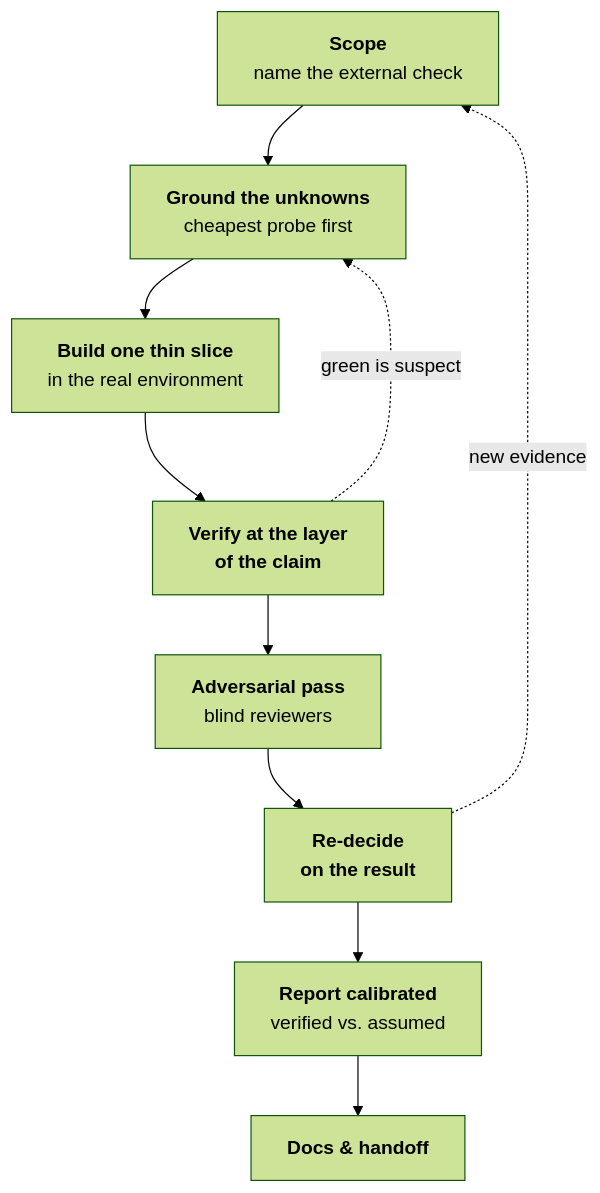
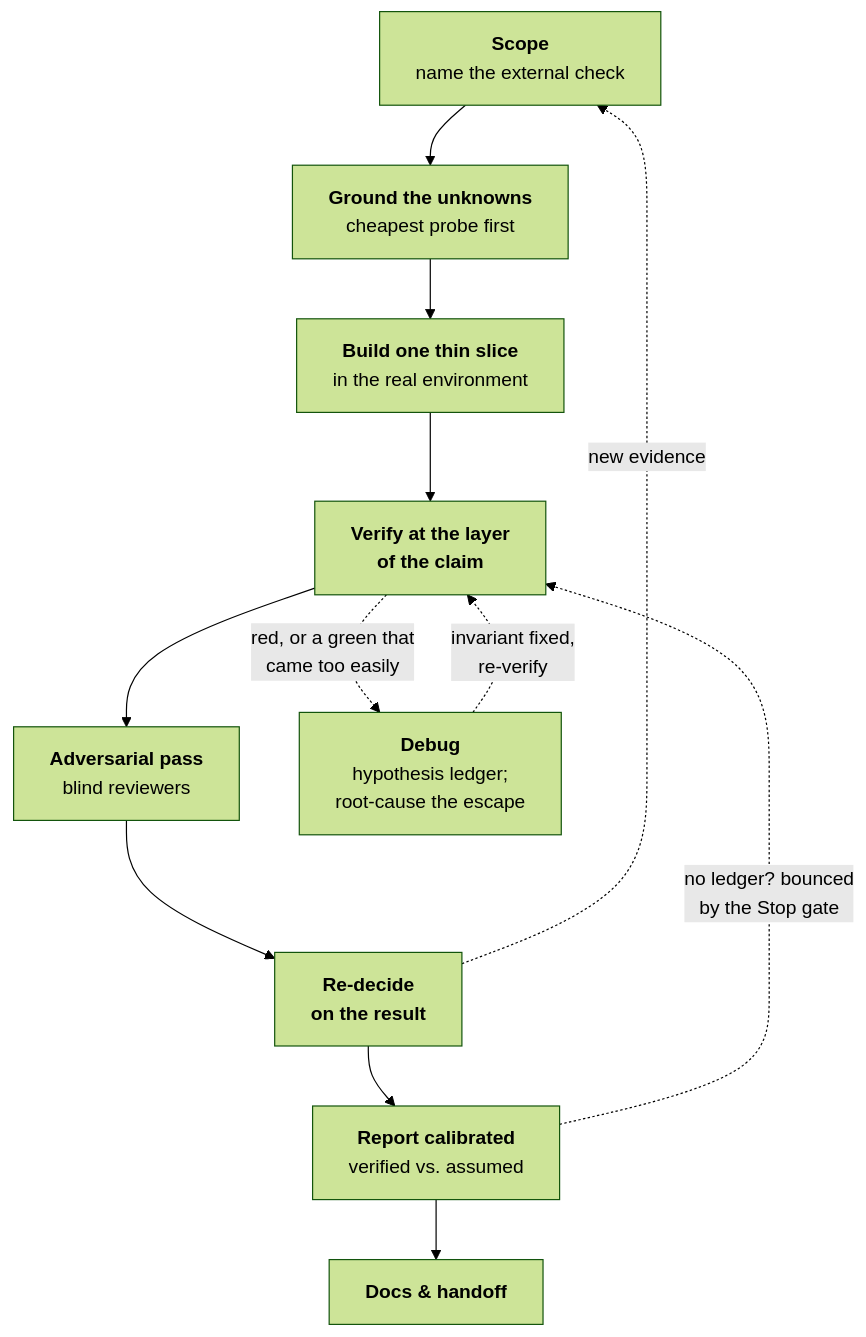
Before and after one commit to debabsah/fable-method: the diagram in README.md, drawn with Mermaid (forest theme). The commit also changed other lines of this file, not shown here.

Commit message:
README: Debug station and Stop-gate bounce in the loop diagram; problem list adds patch-and-pray and session amnesia; task-checkpoint note under the loop

````diff
--- a/README.md
+++ b/README.md
@@ -119,12 +121,14 @@
 ```mermaid
 flowchart TD
     A["<b>Scope</b><br/>name the external check"] --> B["<b>Ground the unknowns</b><br/>cheapest probe first"]
     B --> C["<b>Build one thin slice</b><br/>in the real environment"]
     C --> D["<b>Verify at the layer<br/>of the claim</b>"]
     D --> E["<b>Adversarial pass</b><br/>blind reviewers"]
     E --> F["<b>Re-decide<br/>on the result</b>"]
     F --> G["<b>Report calibrated</b><br/>verified vs. assumed"]
     G --> H["<b>Docs & handoff</b>"]
-    D -. "green is suspect" .-> B
+    D -. "red, or a green that<br/>came too easily" .-> X["<b>Debug</b><br/>hypothesis ledger;<br/>root-cause the escape"]
+    X -. "invariant fixed,<br/>re-verify" .-> D
+    G -. "no ledger? bounced<br/>by the Stop gate" .-> D
     F -. "new evidence" .-> A
 ```
````
